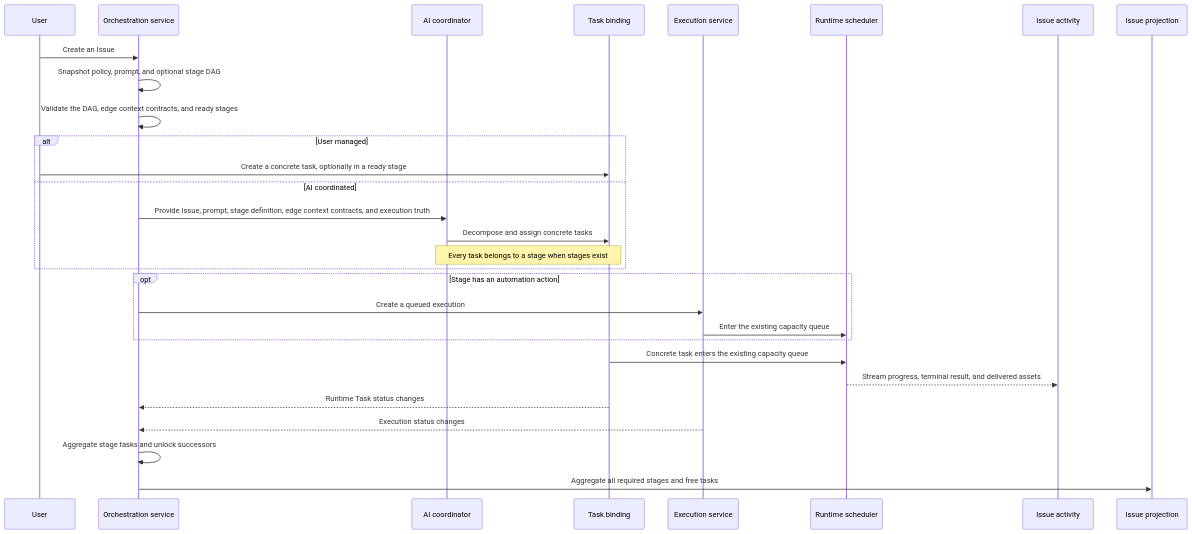
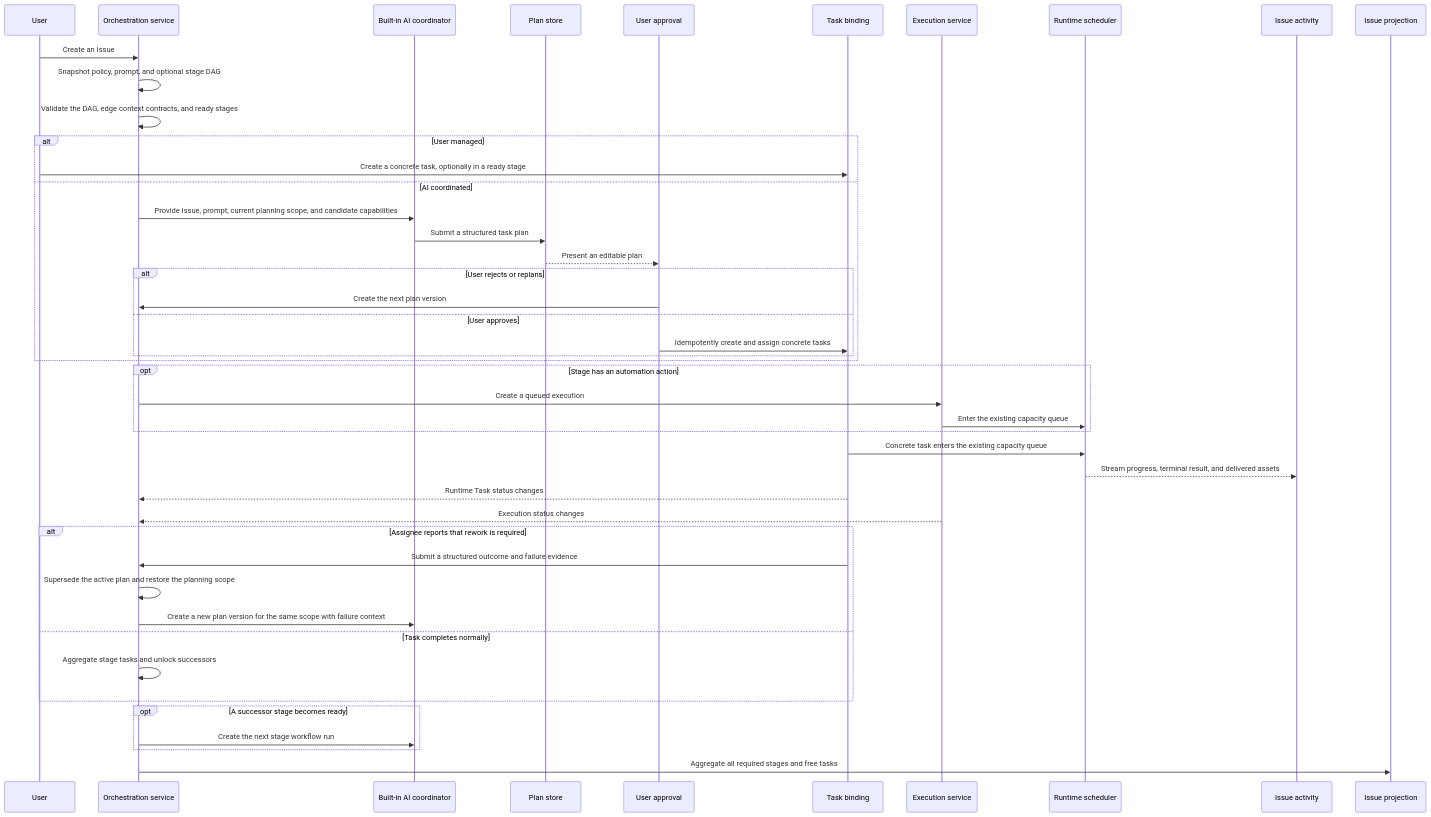
Before and after one commit to wecode-ai/Wegent: the second of 2 diagrams in docs/en/architecture/issue-task-workflow.md, drawn with Mermaid. The commit also changed other lines of this file and 26 other files, not shown here.

````diff
--- a/docs/en/architecture/issue-task-workflow.md
+++ b/docs/en/architecture/issue-task-workflow.md
@@ -39,32 +52,48 @@
 ```mermaid
 sequenceDiagram
     participant U as User
     participant O as Orchestration service
-    participant A as AI coordinator
+    participant A as Built-in AI coordinator
+    participant P as Plan store
+    participant V as User approval
     participant B as Task binding
     participant E as Execution service
     participant R as Runtime scheduler
     participant D as Issue activity
     participant I as Issue projection
 
     U->>O: Create an Issue
     O->>O: Snapshot policy, prompt, and optional stage DAG
     O->>O: Validate the DAG, edge context contracts, and ready stages
     alt User managed
         U->>B: Create a concrete task, optionally in a ready stage
     else AI coordinated
-        O->>A: Provide Issue, prompt, stage definition, edge context contracts, and execution truth
-        A->>B: Decompose and assign concrete tasks
-        Note over A,B: Every task belongs to a stage when stages exist
+        O->>A: Provide Issue, prompt, current planning scope, and candidate capabilities
+        A->>P: Submit a structured task plan
+        P-->>V: Present an editable plan
+        alt User rejects or replans
+            V->>O: Create the next plan version
+        else User approves
+            V->>B: Idempotently create and assign concrete tasks
+        end
     end
     opt Stage has an automation action
         O->>E: Create a queued execution
         E->>R: Enter the existing capacity queue
     end
     B->>R: Concrete task enters the existing capacity queue
     R-->>D: Stream progress, terminal result, and delivered assets
     B-->>O: Runtime Task status changes
     E-->>O: Execution status changes
-    O->>O: Aggregate stage tasks and unlock successors
+    alt Assignee reports that rework is required
+        B->>O: Submit a structured outcome and failure evidence
+        O->>O: Supersede the active plan and restore the planning scope
+        O->>A: Create a new plan version for the same scope with failure context
+    else Task completes normally
+        O->>O: Aggregate stage tasks and unlock successors
+    end
+    opt A successor stage becomes ready
+        O->>A: Create the next stage workflow run
+    end
     O->>I: Aggregate all required stages and free tasks
 ```
````
